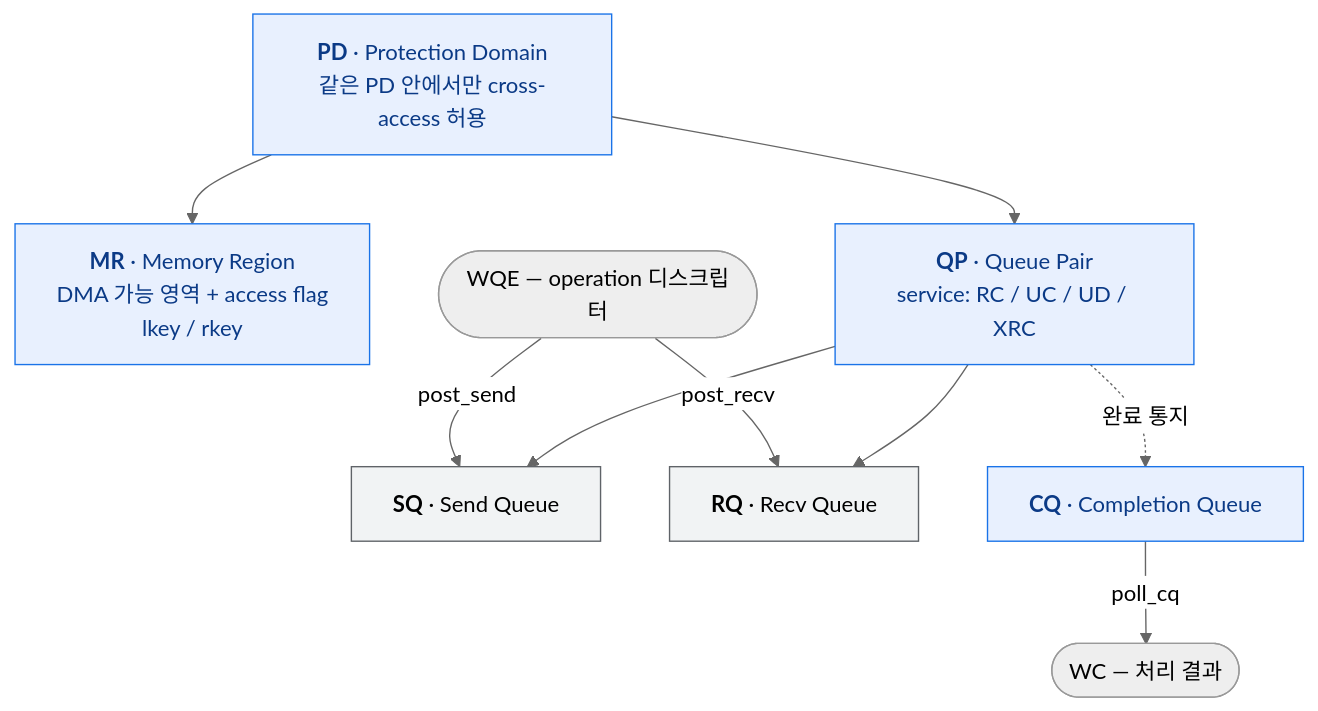
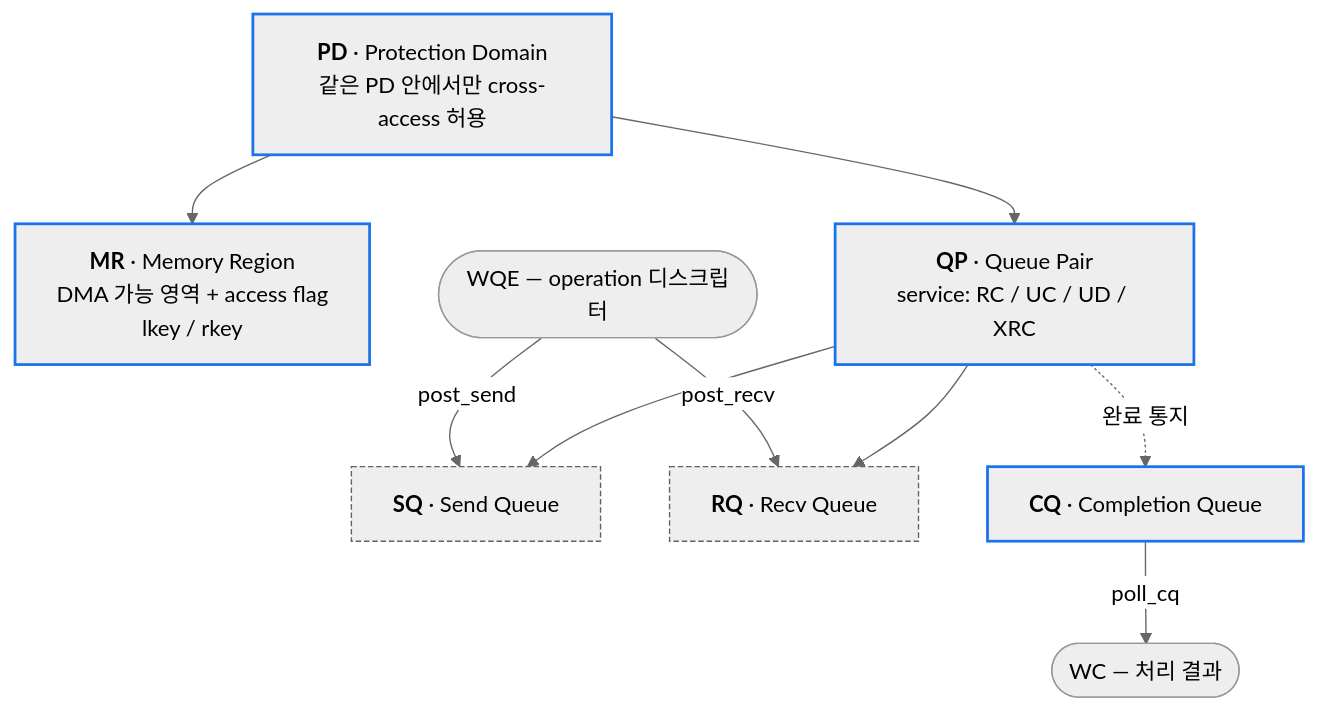
The fourth of 7 diagrams in topics/rdma/docs/01_rdma_motivation.md (humbleowl39/DV_SKOOL), drawn with Mermaid (neutral theme) before and after one commit. The commit also changed other lines of this file, not shown here.

````diff
--- a/topics/rdma/docs/01_rdma_motivation.md
+++ b/topics/rdma/docs/01_rdma_motivation.md
@@ -204,25 +204,25 @@
 ```mermaid
 flowchart TB
     PD["<b>PD</b> · Protection Domain<br/>같은 PD 안에서만 cross-access 허용"]
     MR["<b>MR</b> · Memory Region<br/>DMA 가능 영역 + access flag<br/>lkey / rkey"]
     QP["<b>QP</b> · Queue Pair<br/>service: RC / UC / UD / XRC"]
     SQ["<b>SQ</b> · Send Queue"]
     RQ["<b>RQ</b> · Recv Queue"]
     CQ["<b>CQ</b> · Completion Queue"]
     WQE(["WQE — operation 디스크립터"])
     WC(["WC — 처리 결과"])
 
     PD --> MR
     PD --> QP
     QP --> SQ
     QP --> RQ
     WQE -- "post_send" --> SQ
     WQE -- "post_recv" --> RQ
     QP -. 완료 통지 .-> CQ
     CQ -- "poll_cq" --> WC
 
-    classDef obj fill:#e8f0fe,stroke:#1a73e8,color:#0b3a86
-    classDef inner fill:#f1f3f4,stroke:#5f6368
+    classDef obj stroke:#1a73e8,stroke-width:2px
+    classDef inner stroke:#5f6368,stroke-dasharray:4 2
     class PD,MR,QP,CQ obj
     class SQ,RQ inner
 ```
````
